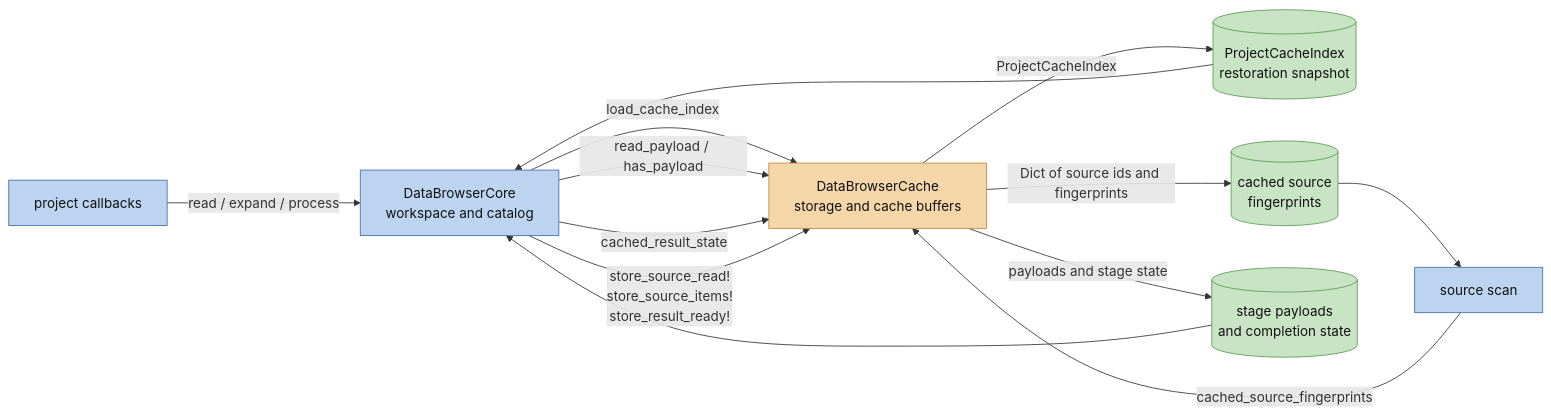
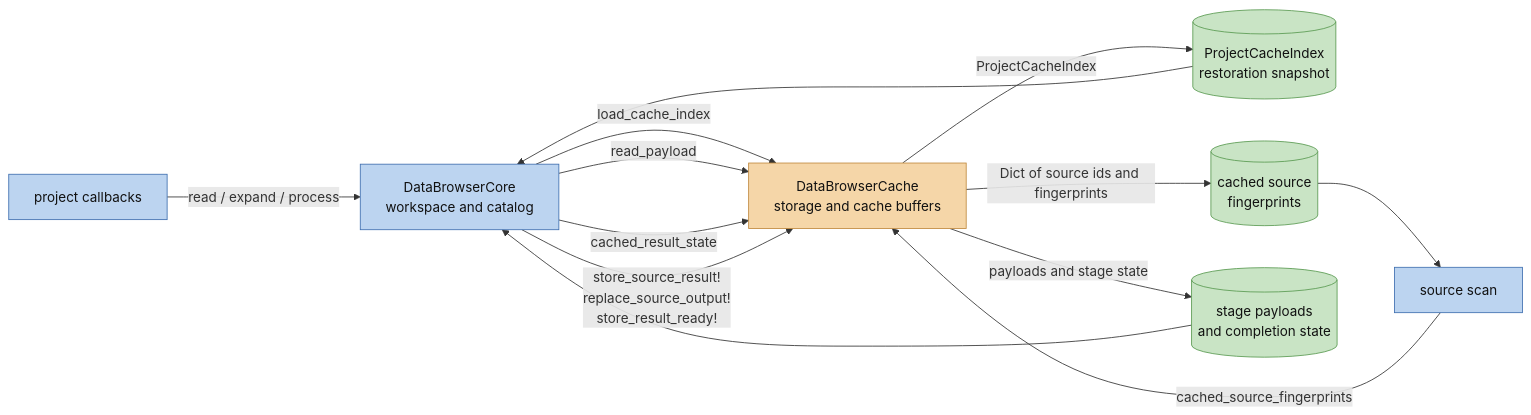
The third of 5 diagrams in docs/ARCHITECTURE.md (digiefel/DataBrowser), drawn with Mermaid before and after one commit. The commit also changed other lines of this file and 13 other files, not shown here.

First line of the commit message:
Keep expanded items in the store of their type; keep no read results

````diff
--- a/docs/ARCHITECTURE.md
+++ b/docs/ARCHITECTURE.md
@@ -325,30 +323,30 @@
 ```mermaid
 flowchart LR
     core["DataBrowserCore<br/>workspace and catalog"]
     scan["source scan"]
     cache["DataBrowserCache<br/>storage and cache buffers"]
     snapshot[("ProjectCacheIndex<br/>restoration snapshot")]
     fingerprints[("cached source<br/>fingerprints")]
     payloads[("stage payloads<br/>and completion state")]
     source["project callbacks"]
 
     core -->|"load_cache_index"| cache
     cache -->|"ProjectCacheIndex"| snapshot
     snapshot --> core
     scan -->|"cached_source_fingerprints"| cache
     cache -->|"Dict of source ids and fingerprints"| fingerprints
     fingerprints --> scan
-    core -->|"read_payload / has_payload"| cache
+    core -->|"read_payload"| cache
     core -->|"cached_result_state"| cache
     cache -->|"payloads and stage state"| payloads
     payloads --> core
-    core -->|"store_source_read!<br/>store_source_items!<br/>store_result_ready!"| cache
+    core -->|"store_source_result!<br/>replace_source_output!<br/>store_result_ready!"| cache
     source -->|"read / expand / process"| core
 
     classDef coreC fill:#bcd4f0,stroke:#3f6fb0,color:#111
     classDef cacheC fill:#f5d6a8,stroke:#c08a3f,color:#111
     classDef stateC fill:#c9e4c5,stroke:#5a9a52,color:#111
     class core,scan,source coreC
     class cache cacheC
     class snapshot,fingerprints,payloads stateC
 ```
````
